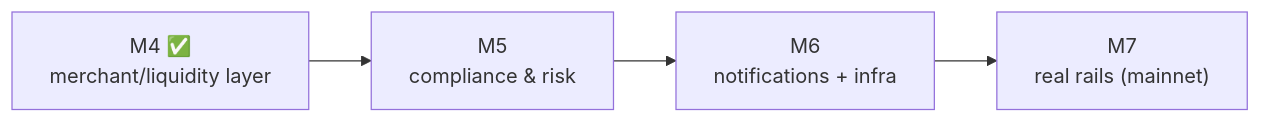
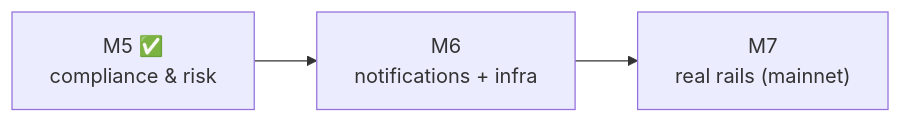
Before and after one commit to unabrijed/frenspay: the diagram in monorepo/docs/13-future-milestones.md, drawn with Mermaid. The commit also changed other lines of this file and 9 other files, not shown here.

````diff
--- a/monorepo/docs/13-future-milestones.md
+++ b/monorepo/docs/13-future-milestones.md
@@ -9,6 +9,5 @@
 ```mermaid
 flowchart LR
-    M4["M4 ✅<br/>merchant/liquidity layer"] --> M5["M5<br/>compliance & risk"]
-    M5 --> M6["M6<br/>notifications + infra"]
+    M5["M5 ✅<br/>compliance & risk"] --> M6["M6<br/>notifications + infra"]
     M6 --> M7["M7<br/>real rails (mainnet)"]
 ```
````
